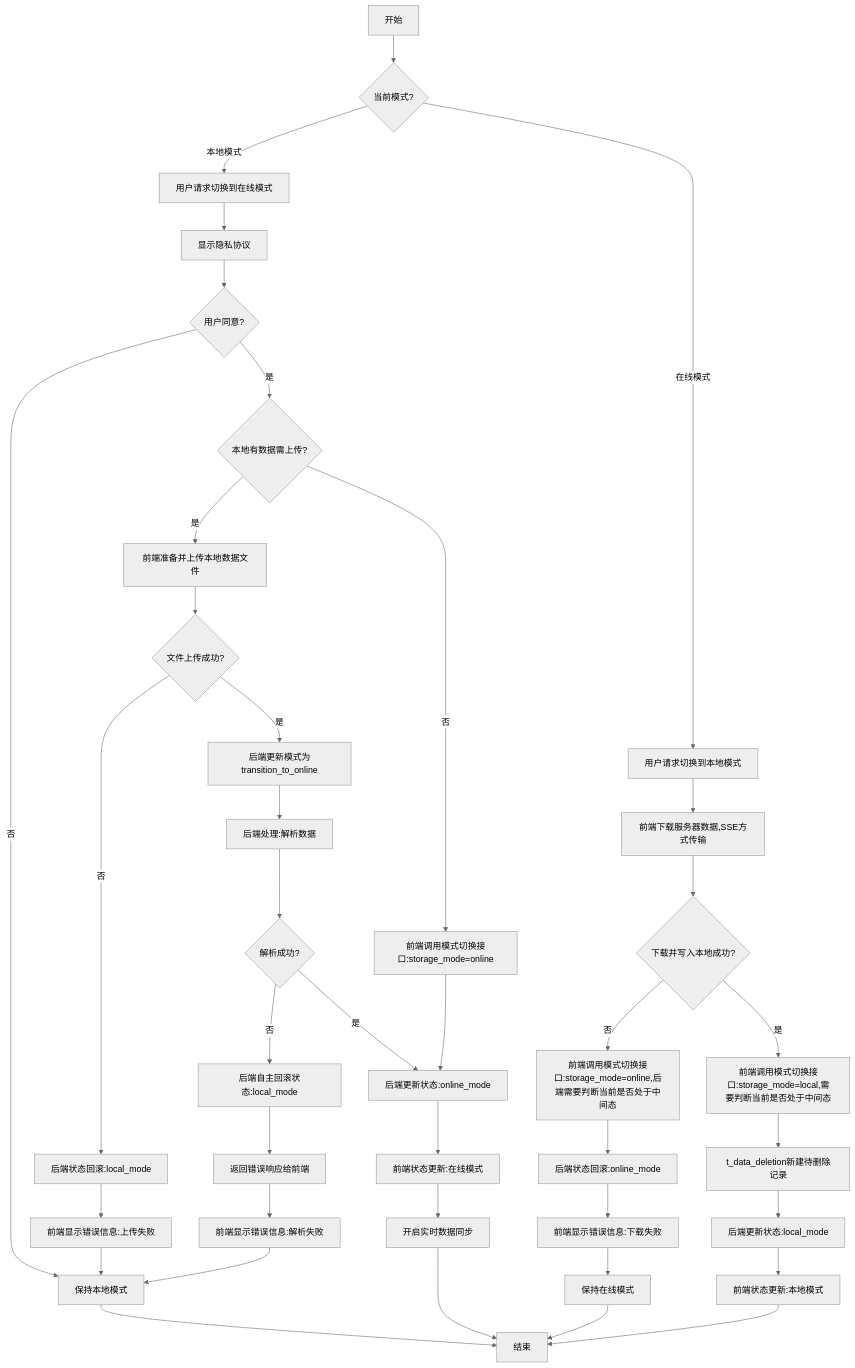
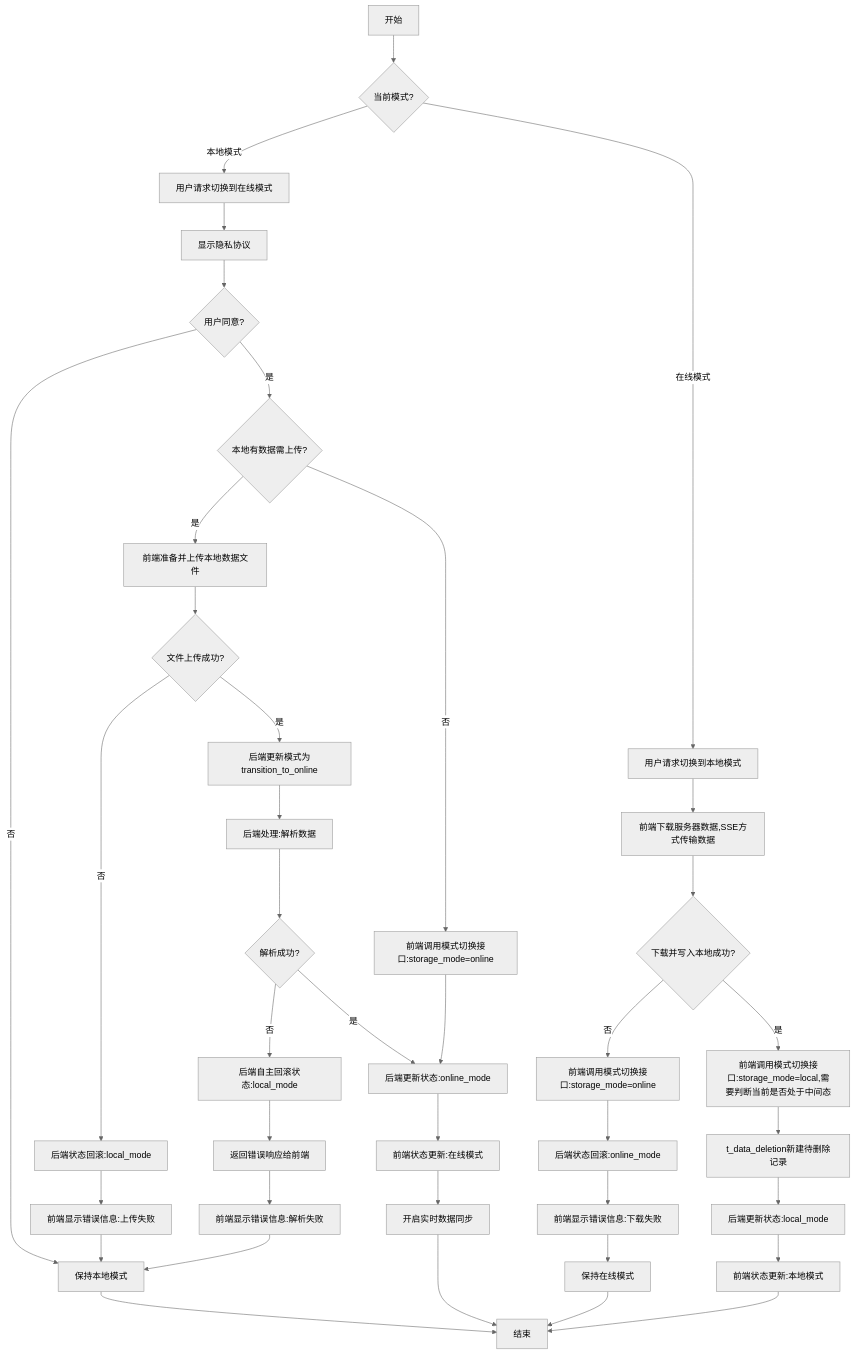
Before and after one commit to yingjianzh/iodraw-files: the diagram in all/未命名-68.md, drawn with Mermaid (neutral theme).

Commit message:
2025-06-04 10:06:35 update

````diff
--- a/all/未命名-68.md
+++ b/all/未命名-68.md
@@ -1,63 +1,63 @@
 ```mermaid
 
 flowchart TD
     A[开始] --> B{当前模式?}
     
     %% 本地模式转在线模式
     B -->|本地模式| C[用户请求切换到在线模式]
     C --> D[显示隐私协议]
     D --> E{用户同意?}
 
 
     E -->|否| F[保持本地模式]
     F --> Z[结束]
     
     E -->|是| J{本地有数据需上传?}
     
     %% 有本地数据需上传的情况
     J -->|是| K[前端准备并上传本地数据文件]
     K --> L{文件上传成功?}
     
     %% 上传失败的情况
     L -->|否| N[后端状态回滚:local_mode]
     N --> O[前端显示错误信息:上传失败]
     O --> F
     
     %% 上传成功但解析失败的情况
     L -->|是| G[后端更新模式为transition_to_online]
     G --> P[后端处理:解析数据]
     P --> Q{解析成功?}
     Q -->|否| R[后端自主回滚状态:local_mode]
     R --> S[返回错误响应给前端]
     S --> T[前端显示错误信息:解析失败]
     T --> F
     
     %% 全部成功的情况
     Q -->|是| U[后端更新状态:online_mode]
     J -->|否| V[前端调用模式切换接口:storage_mode=online]
     V --> U
     
     U --> W[前端状态更新:在线模式]
     W --> X[开启实时数据同步]
     X --> Z
     
     %% 在线模式转本地模式
     B -->|在线模式| AA[用户请求切换到本地模式]
-    AA --> AE[前端下载服务器数据,SSE方式传输]
+    AA --> AE[前端下载服务器数据,SSE方式传输数据]
     AE --> AF{下载并写入本地成功?}
     
     %% 下载失败的情况
-    AF -->|否| AG[前端调用模式切换接口:storage_mode=online,后端需要判断当前是否处于中间态]
+    AF -->|否| AG[前端调用模式切换接口:storage_mode=online]
     AG --> AH[后端状态回滚:online_mode]
     AH --> AI[前端显示错误信息:下载失败]
     AI --> AJ[保持在线模式]
     AJ --> Z
     
     %% 下载成功的情况
     AF -->|是| AK[前端调用模式切换接口:storage_mode=local,需要判断当前是否处于中间态]
     AK --> AL[t_data_deletion新建待删除记录]
     AL --> AM[后端更新状态:local_mode]
     AM --> AN[前端状态更新:本地模式]
     AN --> Z
 
 ```
````
